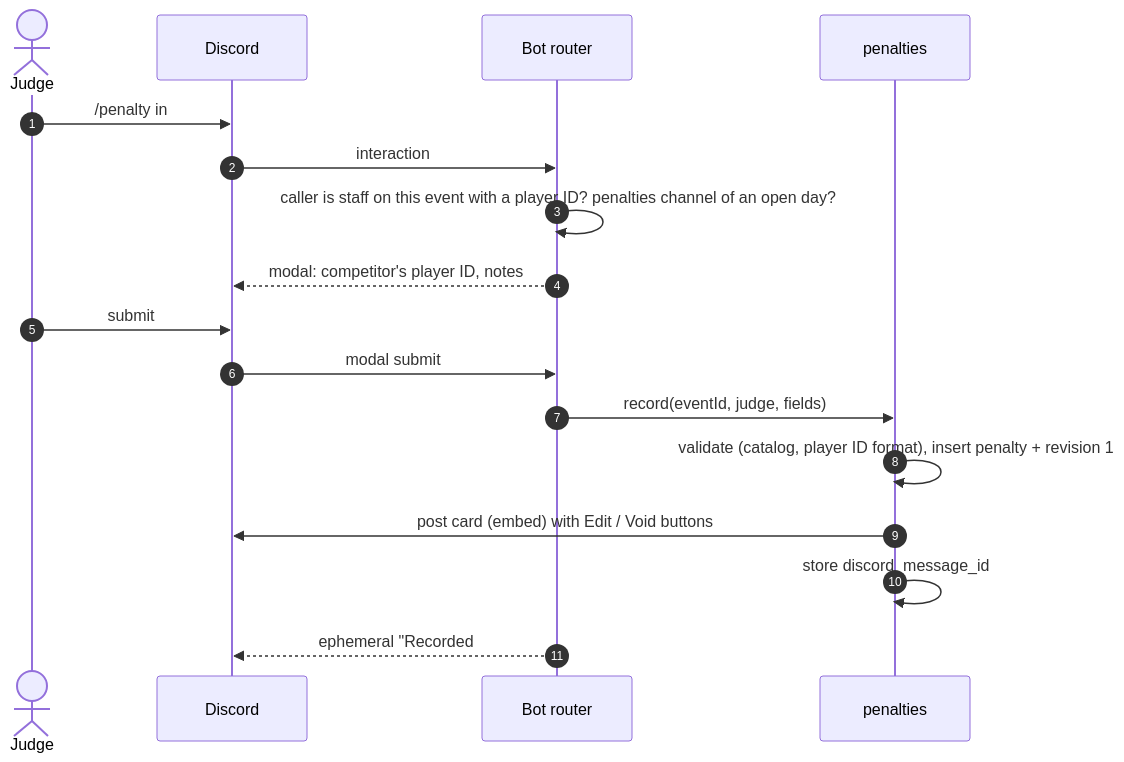
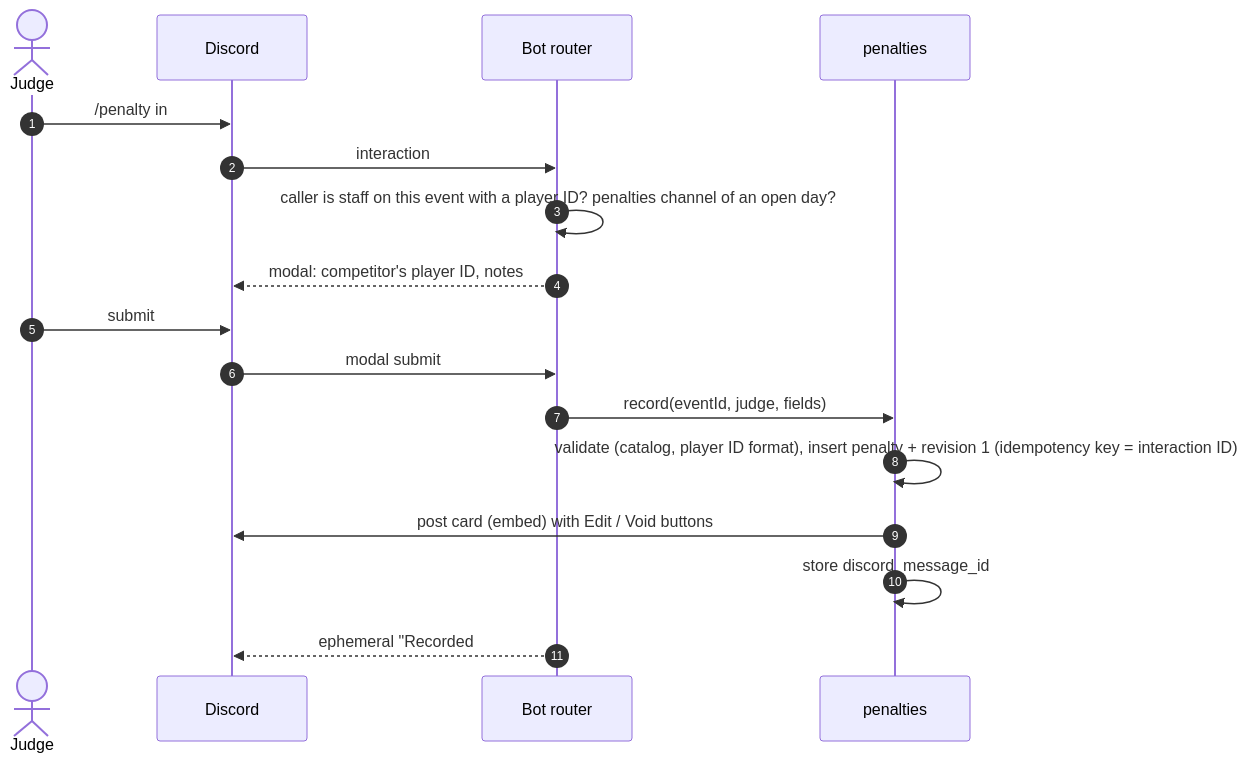
The fourth of 4 diagrams in docs/architecture/README.md (Towerism/discord-pokemon-tournament-genie), drawn with Mermaid before and after one commit. The commit also changed other lines of this file and 8 other files, not shown here.

First line of the commit message:
docs(architecture): address the adversarial review findings

````diff
--- a/docs/architecture/README.md
+++ b/docs/architecture/README.md
@@ -434,19 +496,19 @@
 ```mermaid
 sequenceDiagram
   autonumber
   actor Jd as Judge
   participant D as Discord
   participant B as Bot router
   participant P as penalties
   Jd->>D: /penalty in #lc-penalties (round, category, severity, penalty: autocomplete)
   D->>B: interaction
   B->>B: caller is staff on this event with a player ID? penalties channel of an open day?
   B-->>D: modal: competitor's player ID, notes
   Jd->>D: submit
   D->>B: modal submit
   B->>P: record(eventId, judge, fields)
-  P->>P: validate (catalog, player ID format), insert penalty + revision 1
+  P->>P: validate (catalog, player ID format), insert penalty + revision 1 (idempotency key = interaction ID)
   P->>D: post card (embed) with Edit / Void buttons
   P->>P: store discord_message_id
   B-->>D: ephemeral "Recorded #12"
 ```
````
